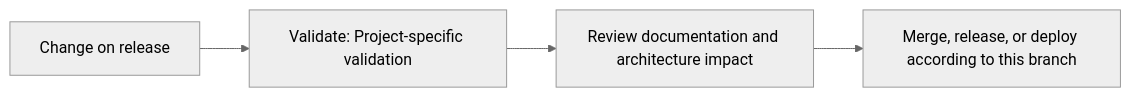
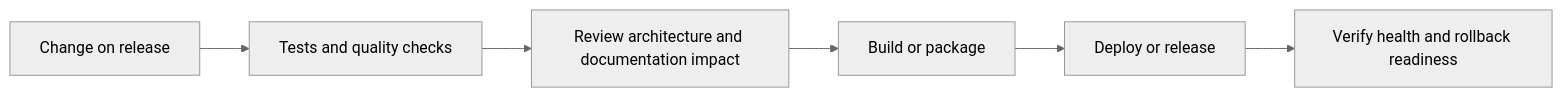
The fourth of 5 diagrams in README.md (Nischhalsubba/JavaStud), drawn with Mermaid (neutral theme) before and after one commit. The commit also changed other lines of this file, not shown here.

````diff
--- a/README.md
+++ b/README.md
@@ -62,8 +141,8 @@
 ```mermaid
 flowchart LR
-    CHANGE["Change on release"]
-    CHECK["Validate: Project-specific validation"]
-    REVIEW["Review documentation and architecture impact"]
-    RELEASE["Merge, release, or deploy according to this branch"]
-    CHANGE --> CHECK --> REVIEW --> RELEASE
+    CHANGE["Change on release"] --> CHECK["Tests and quality checks"]
+    CHECK --> REVIEW["Review architecture and documentation impact"]
+    REVIEW --> BUILD["Build or package"]
+    BUILD --> DEPLOY["Deploy or release"]
+    DEPLOY --> VERIFY["Verify health and rollback readiness"]
 ```
````
